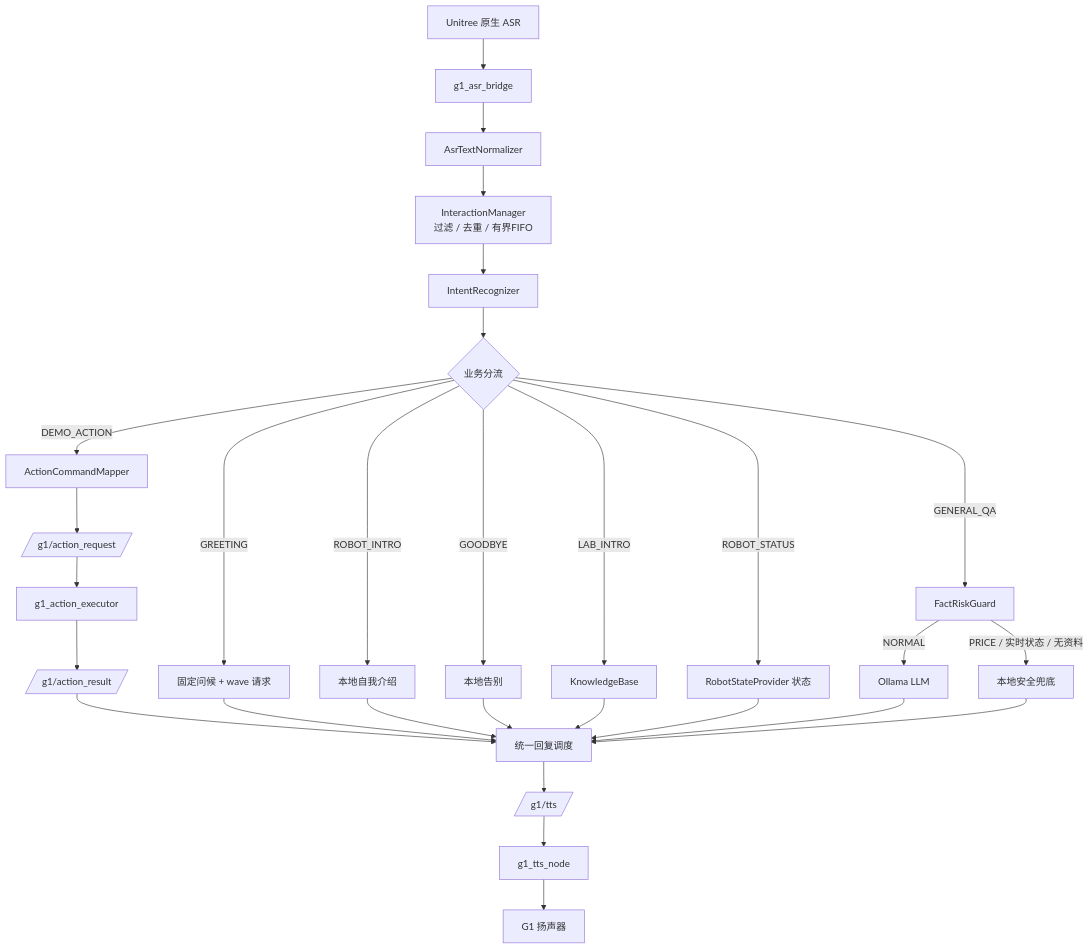
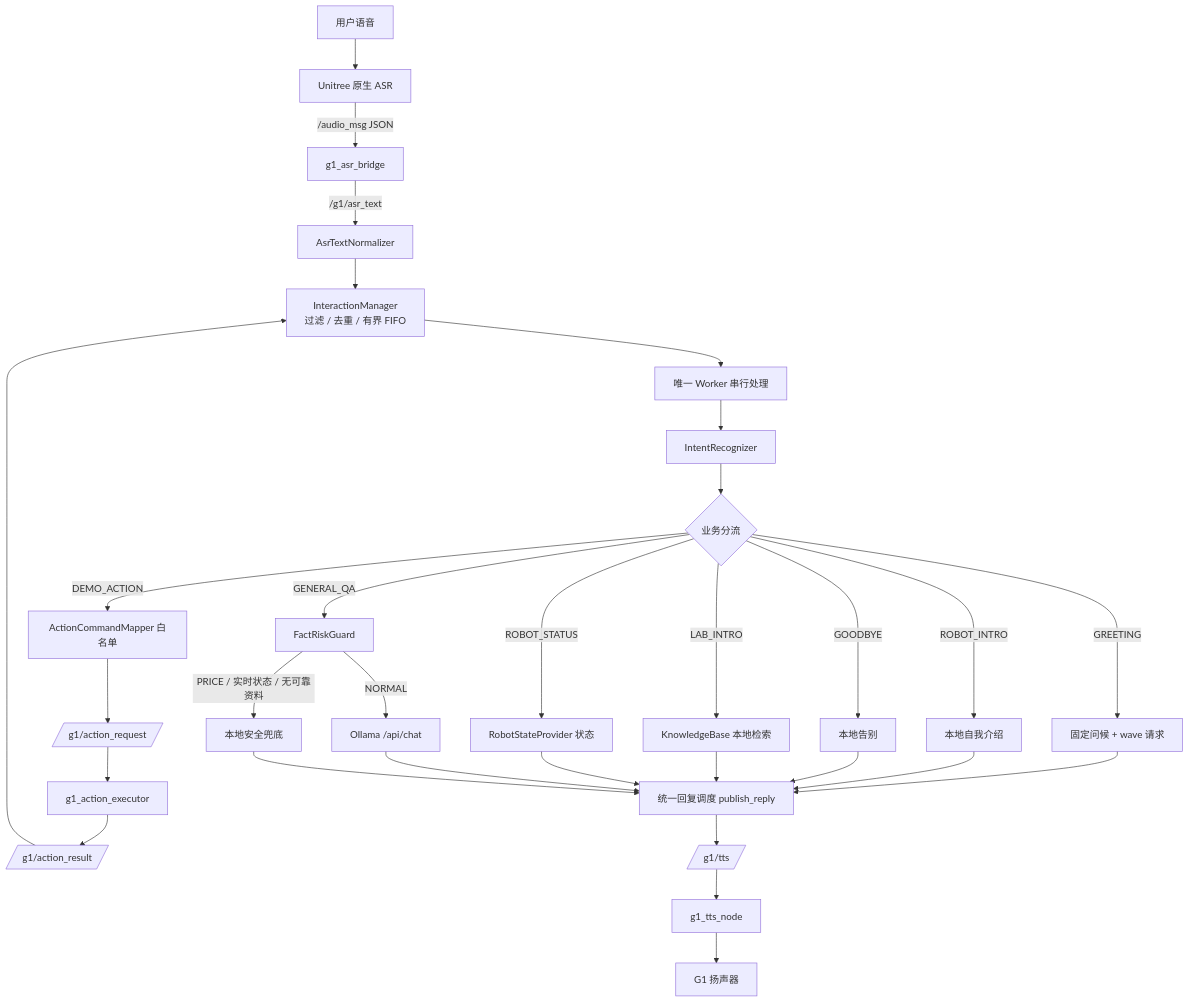
The first of 7 diagrams in releases/G1-EDU-Smart-Reception-V1.0/README.md (CJWDDHCSJ/g1_dev), drawn with Mermaid before and after one commit. The commit also changed other lines of this file and 51 other files, not shown here.

````diff
--- a/releases/G1-EDU-Smart-Reception-V1.0/README.md
+++ b/releases/G1-EDU-Smart-Reception-V1.0/README.md
@@ -122,36 +152,38 @@
 ```mermaid
 flowchart TD
-    A[Unitree 原生 ASR] --> B[g1_asr_bridge]
-    B --> C[AsrTextNormalizer]
-    C --> D[InteractionManager<br/>过滤 / 去重 / 有界FIFO]
-    D --> E[IntentRecognizer]
-    E --> F{业务分流}
+    MIC[用户语音] --> ASR[Unitree 原生 ASR]
+    ASR -->|/audio_msg JSON| BR[g1_asr_bridge]
+    BR -->|/g1/asr_text| NORM[AsrTextNormalizer]
+    NORM --> IM[InteractionManager<br/>过滤 / 去重 / 有界 FIFO]
+    IM --> WK[唯一 Worker 串行处理]
+    WK --> INT[IntentRecognizer]
+    INT --> BIZ{业务分流}
 
-    F -->|GREETING| G1[固定问候 + wave 请求]
-    F -->|ROBOT_INTRO| G2[本地自我介绍]
-    F -->|GOODBYE| G3[本地告别]
-    F -->|LAB_INTRO| G4[KnowledgeBase]
-    F -->|ROBOT_STATUS| G5[RobotStateProvider 状态]
-    F -->|GENERAL_QA| G6[FactRiskGuard]
-    F -->|DEMO_ACTION| G7[ActionCommandMapper]
+    BIZ -->|GREETING| L1[固定问候 + wave 请求]
+    BIZ -->|ROBOT_INTRO| L2[本地自我介绍]
+    BIZ -->|GOODBYE| L3[本地告别]
+    BIZ -->|LAB_INTRO| L4[KnowledgeBase 本地检索]
+    BIZ -->|ROBOT_STATUS| L5[RobotStateProvider 状态]
+    BIZ -->|DEMO_ACTION| L6[ActionCommandMapper 白名单]
+    BIZ -->|GENERAL_QA| L7[FactRiskGuard]
 
-    G6 -->|NORMAL| H1[Ollama LLM]
-    G6 -->|PRICE / 实时状态 / 无资料| H2[本地安全兜底]
+    L7 -->|NORMAL| LLM[Ollama /api/chat]
+    L7 -->|PRICE / 实时状态 / 无可靠资料| SAFE[本地安全兜底]
 
-    G7 --> I1[/g1/action_request/]
-    I1 --> I2[g1_action_executor]
-    I2 --> I3[/g1/action_result/]
-    I3 --> M[统一回复调度]
+    L6 --> AQ[/g1/action_request/]
+    AQ --> EXE[g1_action_executor]
+    EXE --> AR[/g1/action_result/]
+    AR --> IM
 
-    G1 --> M
-    G2 --> M
-    G3 --> M
-    G4 --> M
-    G5 --> M
-    H1 --> M
-    H2 --> M
+    L1 --> RSP[统一回复调度 publish_reply]
+    L2 --> RSP
+    L3 --> RSP
+    L4 --> RSP
+    L5 --> RSP
+    LLM --> RSP
+    SAFE --> RSP
 
-    M --> N[/g1/tts/]
-    N --> O[g1_tts_node]
-    O --> P[G1 扬声器]
+    RSP --> TTS[/g1/tts/]
+    TTS --> TTSN[g1_tts_node]
+    TTSN --> SPK[G1 扬声器]
 ```
````
